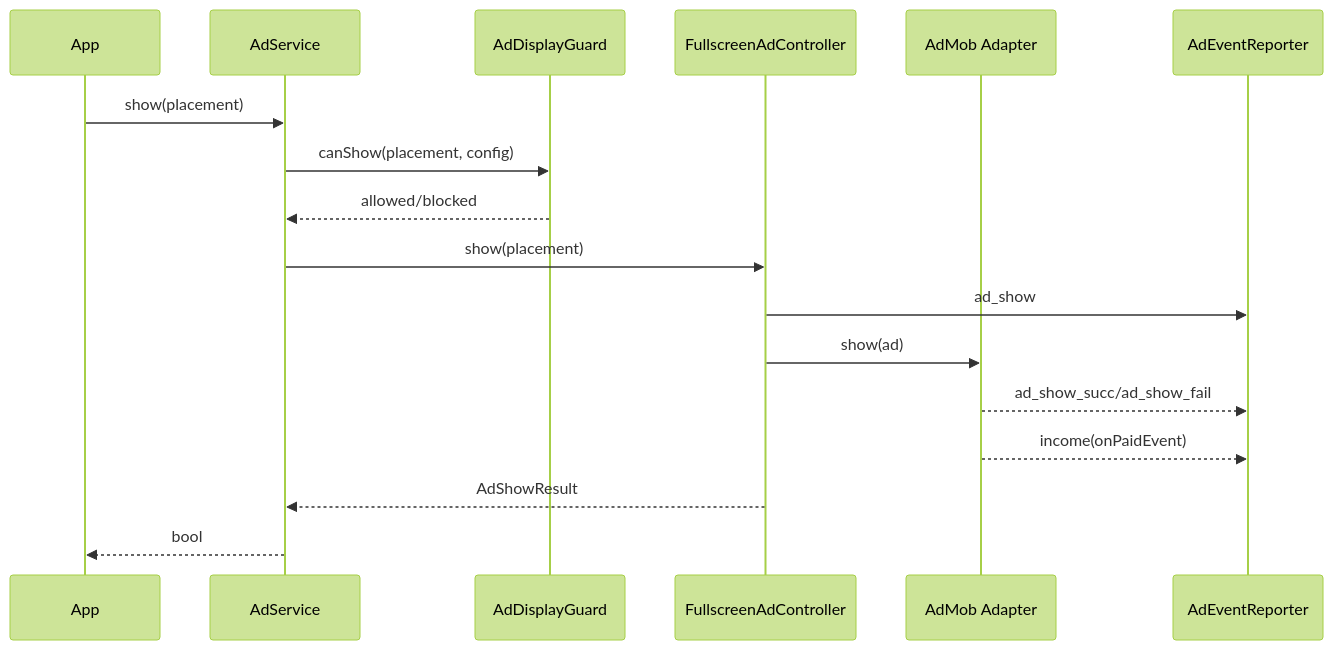
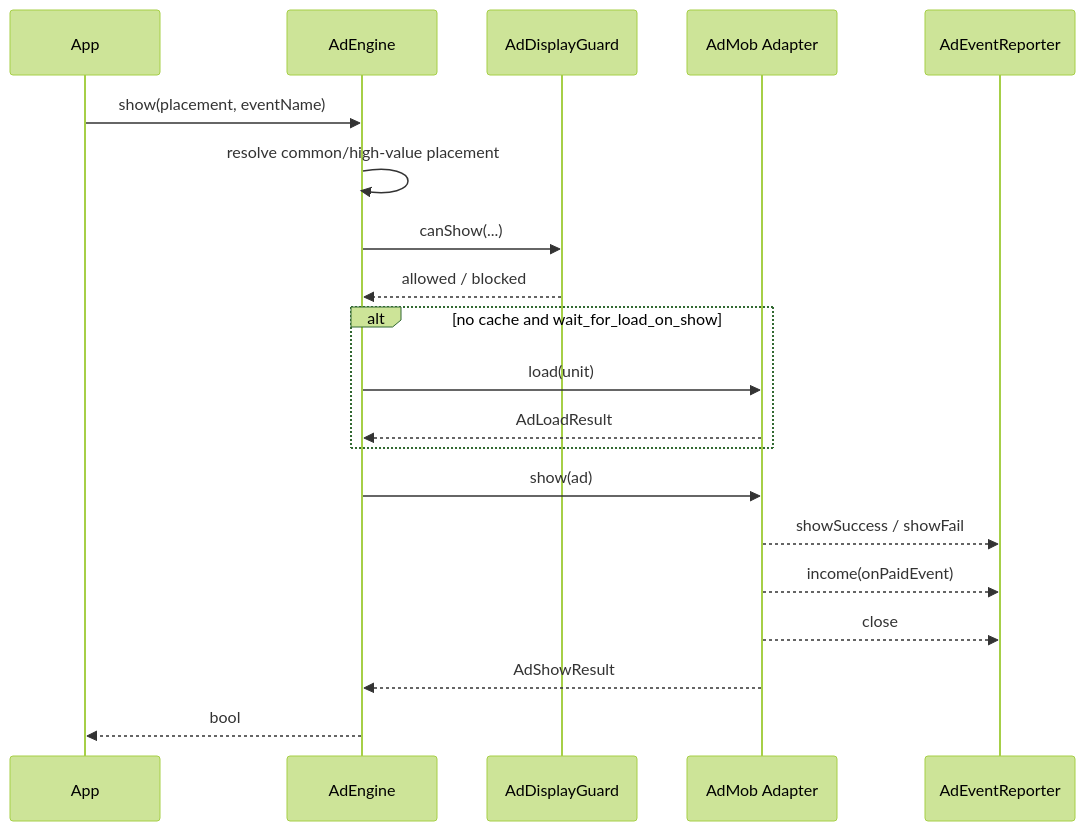
Before and after one commit to yanmingLiu/flutter_ad_plugin: the fourth of 7 diagrams in README.md, drawn with Mermaid (forest theme). The commit also changed other lines of this file and 10 other files, not shown here.

Commit message:
refactor: simplify ad plugin architecture and logging

````diff
--- a/README.md
+++ b/README.md
@@ -507,20 +650,23 @@
 ```mermaid
 sequenceDiagram
   participant App
-  participant Service as AdService
+  participant Engine as AdEngine
   participant Guard as AdDisplayGuard
-  participant Full as FullscreenAdController
   participant Adapter as AdMob Adapter
   participant Reporter as AdEventReporter
 
-  App->>Service: show(placement)
-  Service->>Guard: canShow(placement, config)
-  Guard-->>Service: allowed/blocked
-  Service->>Full: show(placement)
-  Full->>Reporter: ad_show
-  Full->>Adapter: show(ad)
-  Adapter-->>Reporter: ad_show_succ/ad_show_fail
+  App->>Engine: show(placement, eventName)
+  Engine->>Engine: resolve common/high-value placement
+  Engine->>Guard: canShow(...)
+  Guard-->>Engine: allowed / blocked
+  alt no cache and wait_for_load_on_show
+    Engine->>Adapter: load(unit)
+    Adapter-->>Engine: AdLoadResult
+  end
+  Engine->>Adapter: show(ad)
+  Adapter-->>Reporter: showSuccess / showFail
   Adapter-->>Reporter: income(onPaidEvent)
-  Full-->>Service: AdShowResult
-  Service-->>App: bool
+  Adapter-->>Reporter: close
+  Adapter-->>Engine: AdShowResult
+  Engine-->>App: bool
 ```
````
